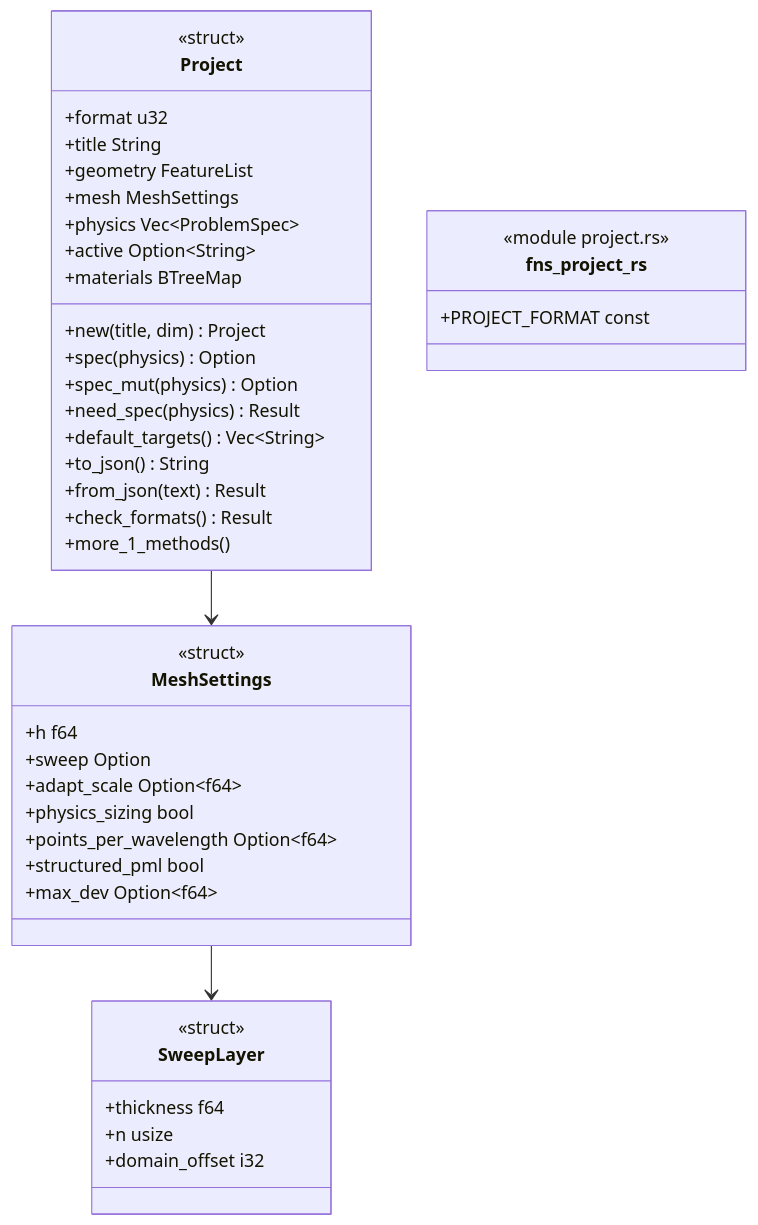
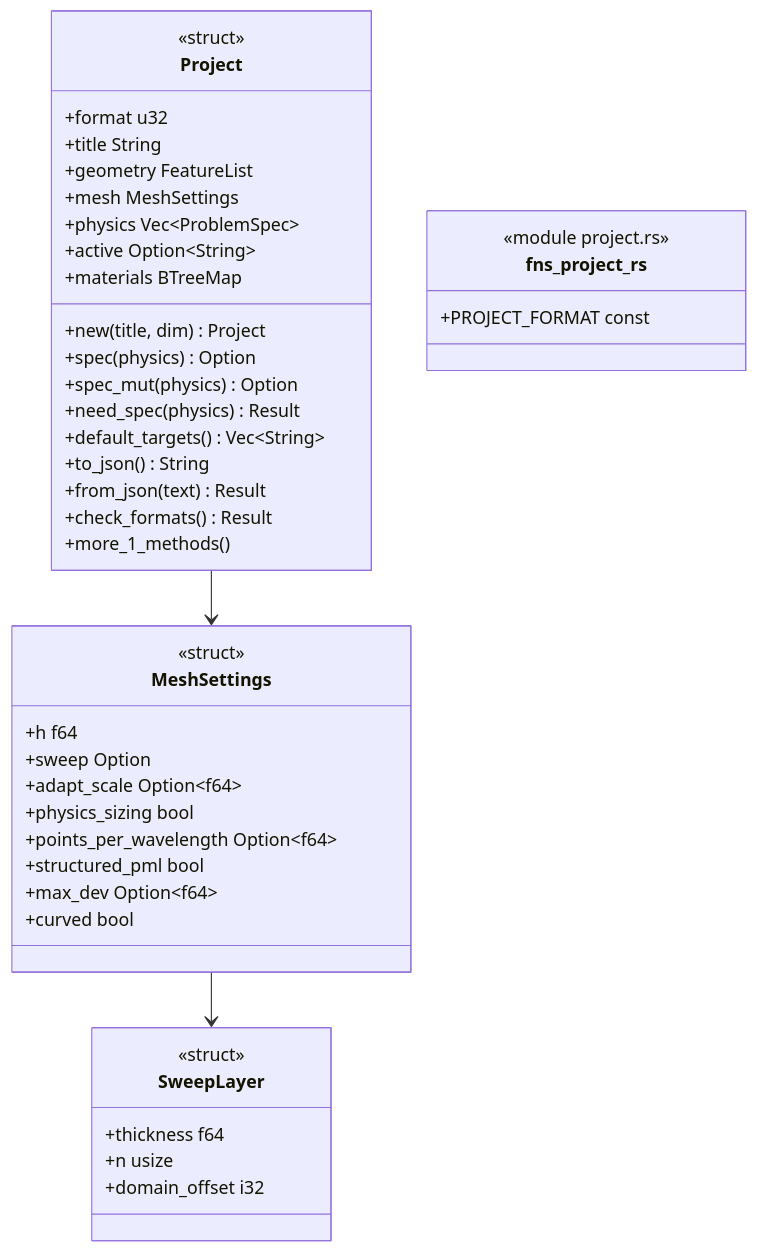
Before and after one commit to p-j-r/nyx: the diagram in docs/architecture/c4/4-code/engine/project.md, drawn with Mermaid. The commit also changed other lines of this file and 65 other files, not shown here.

````diff
--- a/docs/architecture/c4/4-code/engine/project.md
+++ b/docs/architecture/c4/4-code/engine/project.md
@@ -42,44 +42,45 @@
 ```mermaid
 classDiagram
   class SweepLayer {
       <<struct>>
       +thickness f64
       +n usize
       +domain_offset i32
   }
   class MeshSettings {
       <<struct>>
       +h f64
       +sweep Option
       +adapt_scale Option~f64~
       +physics_sizing bool
       +points_per_wavelength Option~f64~
       +structured_pml bool
       +max_dev Option~f64~
+      +curved bool
   }
   class Project {
       <<struct>>
       +format u32
       +title String
       +geometry FeatureList
       +mesh MeshSettings
       +physics Vec~ProblemSpec~
       +active Option~String~
       +materials BTreeMap
       +new(title, dim) Project
       +spec(physics) Option
       +spec_mut(physics) Option
       +need_spec(physics) Result
       +default_targets() Vec~String~
       +to_json() String
       +from_json(text) Result
       +check_formats() Result
       +more_1_methods()
   }
   class fns_project_rs {
       <<module project.rs>>
       +PROJECT_FORMAT const
   }
   MeshSettings --> SweepLayer
   Project --> MeshSettings
 ```
````
